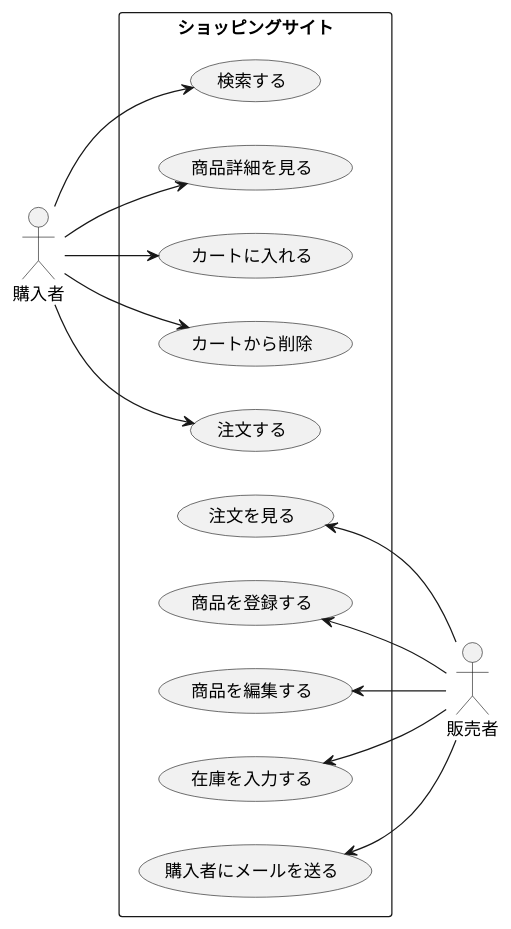
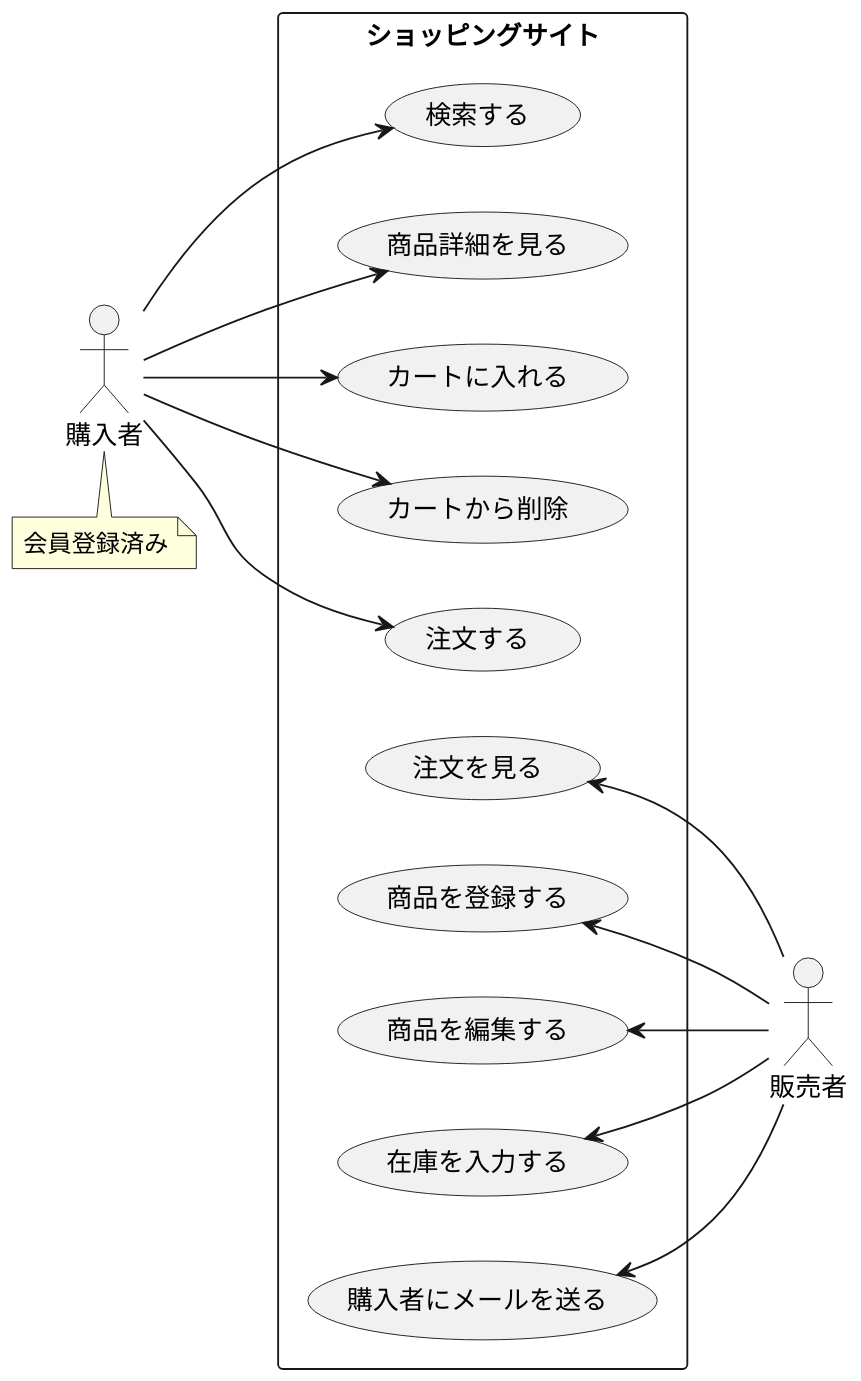
Before and after one commit to Tranoske/Lesson: the diagram in src/uml/usecase.pu, drawn with PlantUML. The commit also changed 11 other files, not shown here.

```diff
--- a/src/uml/usecase.pu
+++ b/src/uml/usecase.pu
@@ -1,17 +1,22 @@
 @startuml
+skinparam DefaultFontName HG行書体
+scale 1.5
 left to right direction
 actor 購入者
+note bottom of 購入者
+	会員登録済み
+end note
 actor 販売者
 rectangle ショッピングサイト{
 	購入者 --> (検索する)
 	購入者 --> (商品詳細を見る)
 	購入者 --> (カートに入れる)
 	購入者 --> (カートから削除)
 	購入者 --> (注文する)
 	(注文を見る) <-- 販売者
 	(商品を登録する) <-- 販売者
 	(商品を編集する) <-- 販売者
 	(在庫を入力する) <-- 販売者
 	(購入者にメールを送る) <-- 販売者
 }
 @enduml
```
